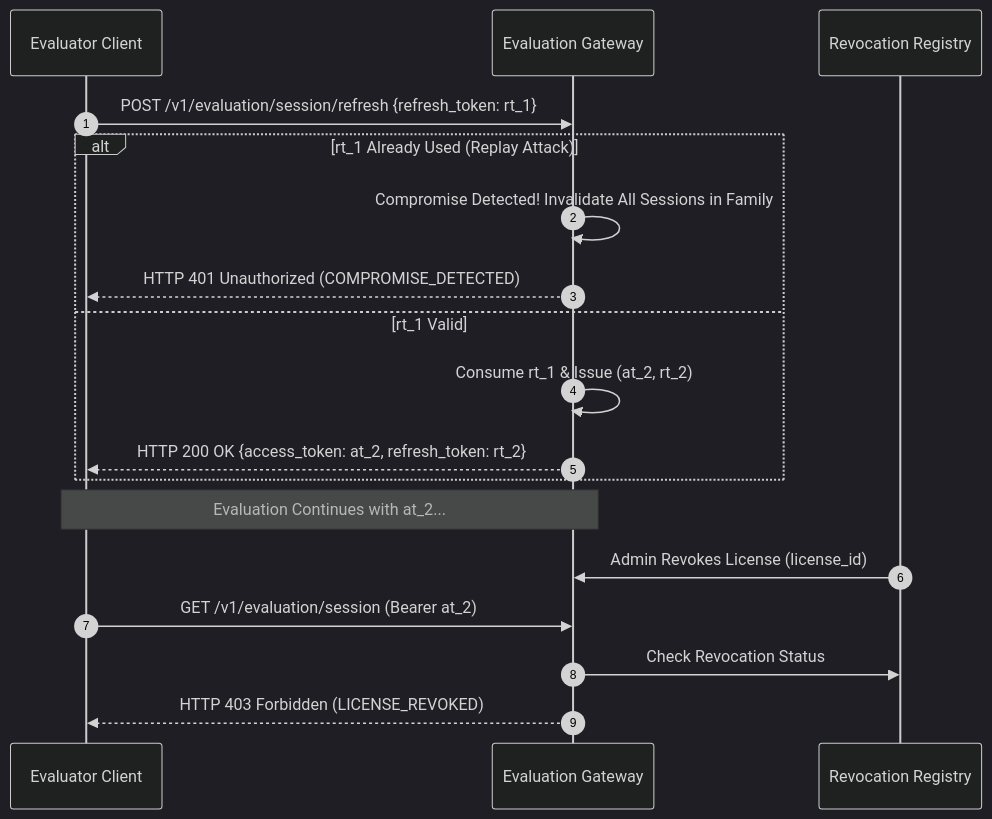
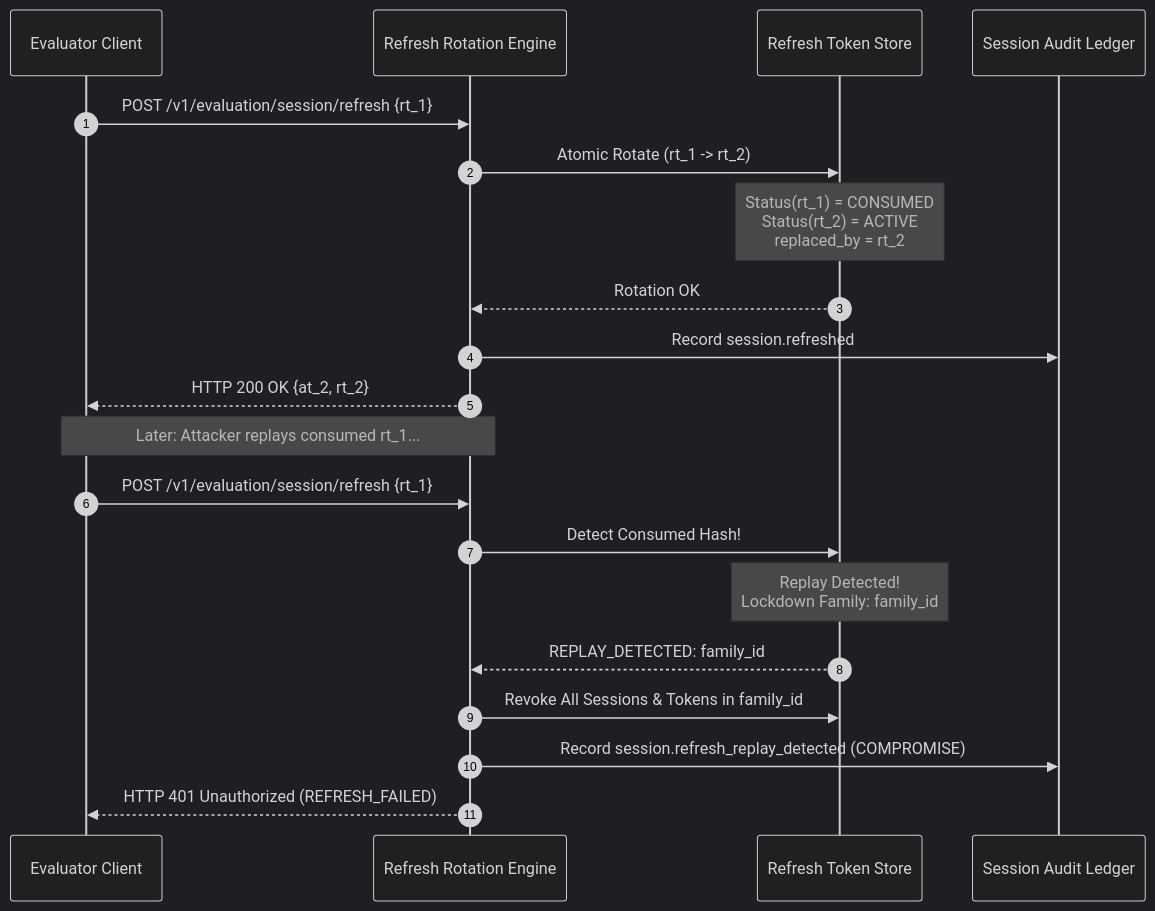
One commit to SahilKhutey/AEGIS-DocIntel changed the second of 2 diagrams in docs/distribution/prot-04-auth-licensing/07_SESSION_AND_REVOCATION.md. Above: the diagram before and after it, drawn with Mermaid (dark theme). The commit also changed other lines of this file and 72 other files, not shown here.

Commit message:
feat(prot-04.07): deliver session lifecycle, refresh rotation, and revocation engine

````diff
--- a/docs/distribution/prot-04-auth-licensing/07_SESSION_AND_REVOCATION.md
+++ b/docs/distribution/prot-04-auth-licensing/07_SESSION_AND_REVOCATION.md
@@ -16,23 +81,24 @@
 ```mermaid
 sequenceDiagram
     autonumber
     participant Client as Evaluator Client
-    participant Gateway as Evaluation Gateway
-    participant Registry as Revocation Registry
+    participant Engine as Refresh Rotation Engine
+    participant Store as Refresh Token Store
+    participant Audit as Session Audit Ledger
 
-    Client->>Gateway: POST /v1/evaluation/session/refresh {refresh_token: rt_1}
-    alt rt_1 Already Used (Replay Attack)
-        Gateway->>Gateway: Compromise Detected! Invalidate All Sessions in Family
-        Gateway-->>Client: HTTP 401 Unauthorized (COMPROMISE_DETECTED)
-    else rt_1 Valid
-        Gateway->>Gateway: Consume rt_1 & Issue (at_2, rt_2)
-        Gateway-->>Client: HTTP 200 OK {access_token: at_2, refresh_token: rt_2}
-    end
+    Client->>Engine: POST /v1/evaluation/session/refresh {rt_1}
+    Engine->>Store: Atomic Rotate (rt_1 -> rt_2)
+    Note over Store: Status(rt_1) = CONSUMED<br/>Status(rt_2) = ACTIVE<br/>replaced_by = rt_2
+    Store-->>Engine: Rotation OK
+    Engine->>Audit: Record session.refreshed
+    Engine-->>Client: HTTP 200 OK {at_2, rt_2}
 
-    Note over Client,Gateway: Evaluation Continues with at_2...
-
-    Registry->>Gateway: Admin Revokes License (license_id)
-    Client->>Gateway: GET /v1/evaluation/session (Bearer at_2)
-    Gateway->>Registry: Check Revocation Status
-    Gateway-->>Client: HTTP 403 Forbidden (LICENSE_REVOKED)
+    Note over Client,Engine: Later: Attacker replays consumed rt_1...
+    Client->>Engine: POST /v1/evaluation/session/refresh {rt_1}
+    Engine->>Store: Detect Consumed Hash!
+    Note over Store: Replay Detected!<br/>Lockdown Family: family_id
+    Store-->>Engine: REPLAY_DETECTED: family_id
+    Engine->>Store: Revoke All Sessions & Tokens in family_id
+    Engine->>Audit: Record session.refresh_replay_detected (COMPROMISE)
+    Engine-->>Client: HTTP 401 Unauthorized (REFRESH_FAILED)
 ```
````
